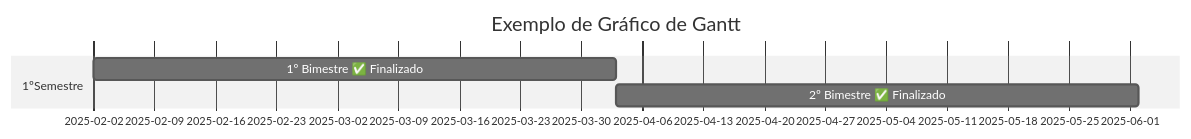
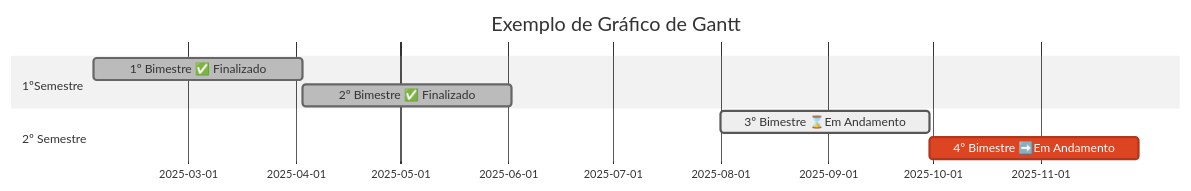
The diagram in README.md (ramtrigodev/grafico_g), drawn with Mermaid (neutral theme) before and after one commit.

````diff
--- a/README.md
+++ b/README.md
@@ -17,9 +17,11 @@
 ```mermaid
 gantt
    title Exemplo de Gráfico de Gantt
    dateFormat YYYY-MM-DD 
    section 1ºSemestre
-   1º Bimestre ✅ Finalizado:a1, 2025-02-02, 60d
-   2º Bimestre ✅ Finalizado:a2, after a1, 60d
+   1º Bimestre ✅ Finalizado:done, a1, 2025-02-02, 60d
+   2º Bimestre ✅ Finalizado:done, a2, after a1, 60d
    section 2º Semestre
+   3º Bimestre ⌛Em Andamento:active, a3, 2025-08-01, 60d
+   4º Bimestre ➡️Em Andamento:crit, a4, after a3,60d 
 ```
````
